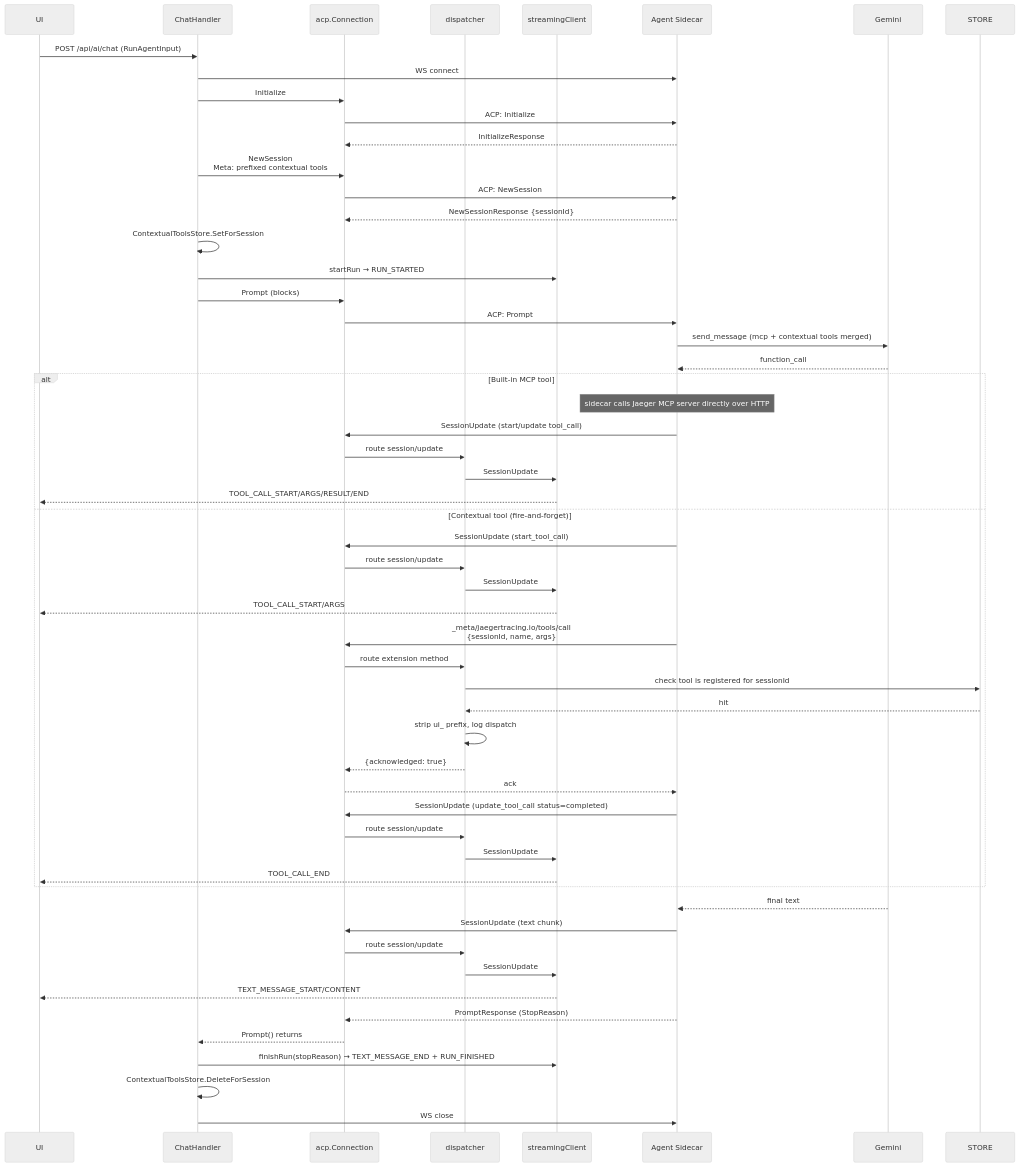
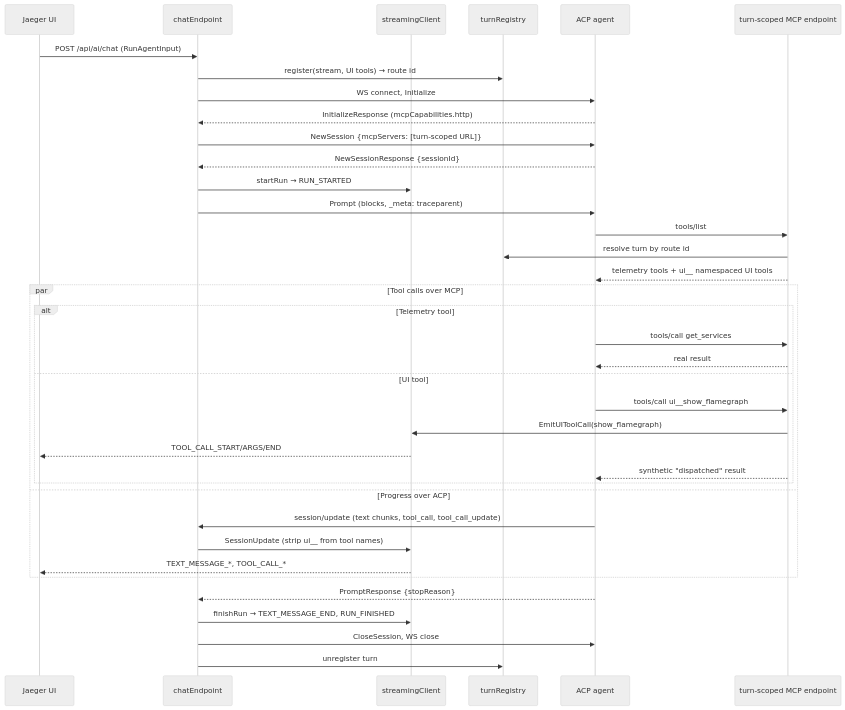
One commit to jaegertracing/jaeger changed the second of 2 diagrams in cmd/jaeger/internal/extension/jaegerquery/internal/jaegerai/README.md. Above: the diagram before and after it, drawn with Mermaid (neutral theme). The commit also changed other lines of this file and 16 other files, not shown here.

First line of the commit message:
refactor(ai): Remove legacy ACP tool routing (#9855)

````diff
--- a/cmd/jaeger/internal/extension/jaegerquery/internal/jaegerai/README.md
+++ b/cmd/jaeger/internal/extension/jaegerquery/internal/jaegerai/README.md
@@ -156,61 +96,43 @@
 ```mermaid
 sequenceDiagram
-    participant UI
-    participant ChatHandler
-    participant acpConn as acp.Connection
-    participant DSP as dispatcher
+    participant UI as Jaeger UI
+    participant CHAT as chatEndpoint
     participant SC as streamingClient
-    participant Sidecar as Agent Sidecar
-    participant Gemini
+    participant TURNS as turnRegistry
+    participant AGENT as ACP agent
+    participant MCP as turn-scoped MCP endpoint
 
-    UI->>ChatHandler: POST /api/ai/chat (RunAgentInput)
-    ChatHandler->>Sidecar: WS connect
-    ChatHandler->>acpConn: Initialize
-    acpConn->>Sidecar: ACP: Initialize
-    Sidecar-->>acpConn: InitializeResponse
-    ChatHandler->>acpConn: NewSession<br>Meta: prefixed contextual tools
-    acpConn->>Sidecar: ACP: NewSession
-    Sidecar-->>acpConn: NewSessionResponse {sessionId}
-    ChatHandler->>ChatHandler: ContextualToolsStore.SetForSession
-    ChatHandler->>SC: startRun → RUN_STARTED
-    ChatHandler->>acpConn: Prompt (blocks)
-    acpConn->>Sidecar: ACP: Prompt
+    UI->>CHAT: POST /api/ai/chat (RunAgentInput)
+    CHAT->>TURNS: register(stream, UI tools) → route id
+    CHAT->>AGENT: WS connect, Initialize
+    AGENT-->>CHAT: InitializeResponse (mcpCapabilities.http)
+    CHAT->>AGENT: NewSession {mcpServers: [turn-scoped URL]}
+    AGENT-->>CHAT: NewSessionResponse {sessionId}
+    CHAT->>SC: startRun → RUN_STARTED
+    CHAT->>AGENT: Prompt (blocks, _meta: traceparent)
 
-    Sidecar->>Gemini: send_message (mcp + contextual tools merged)
-    Gemini-->>Sidecar: function_call
+    AGENT->>MCP: tools/list
+    MCP->>TURNS: resolve turn by route id
+    MCP-->>AGENT: telemetry tools + ui__ namespaced UI tools
 
-    alt Built-in MCP tool
-        Note over Sidecar: sidecar calls Jaeger MCP server directly over HTTP
-        Sidecar->>acpConn: SessionUpdate (start/update tool_call)
-        acpConn->>DSP: route session/update
-        DSP->>SC: SessionUpdate
-        SC-->>UI: TOOL_CALL_START/ARGS/RESULT/END
-    else Contextual tool (fire-and-forget)
-        Sidecar->>acpConn: SessionUpdate (start_tool_call)
-        acpConn->>DSP: route session/update
-        DSP->>SC: SessionUpdate
-        SC-->>UI: TOOL_CALL_START/ARGS
-        Sidecar->>acpConn: _meta/jaegertracing.io/tools/call<br>{sessionId, name, args}
-        acpConn->>DSP: route extension method
-        DSP->>STORE: check tool is registered for sessionId
-        STORE-->>DSP: hit
-        DSP->>DSP: strip ui_ prefix, log dispatch
-        DSP-->>acpConn: {acknowledged: true}
-        acpConn-->>Sidecar: ack
-        Sidecar->>acpConn: SessionUpdate (update_tool_call status=completed)
-        acpConn->>DSP: route session/update
-        DSP->>SC: SessionUpdate
-        SC-->>UI: TOOL_CALL_END
+    par Tool calls over MCP
+        alt Telemetry tool
+            AGENT->>MCP: tools/call get_services
+            MCP-->>AGENT: real result
+        else UI tool
+            AGENT->>MCP: tools/call ui__show_flamegraph
+            MCP->>SC: EmitUIToolCall(show_flamegraph)
+            SC-->>UI: TOOL_CALL_START/ARGS/END
+            MCP-->>AGENT: synthetic "dispatched" result
+        end
+    and Progress over ACP
+        AGENT->>CHAT: session/update (text chunks, tool_call, tool_call_update)
+        CHAT->>SC: SessionUpdate (strip ui__ from tool names)
+        SC-->>UI: TEXT_MESSAGE_*, TOOL_CALL_*
     end
 
-    Gemini-->>Sidecar: final text
-    Sidecar->>acpConn: SessionUpdate (text chunk)
-    acpConn->>DSP: route session/update
-    DSP->>SC: SessionUpdate
-    SC-->>UI: TEXT_MESSAGE_START/CONTENT
-    Sidecar-->>acpConn: PromptResponse (StopReason)
-    acpConn-->>ChatHandler: Prompt() returns
-    ChatHandler->>SC: finishRun(stopReason) → TEXT_MESSAGE_END + RUN_FINISHED
-    ChatHandler->>ChatHandler: ContextualToolsStore.DeleteForSession
-    ChatHandler->>Sidecar: WS close
+    AGENT-->>CHAT: PromptResponse {stopReason}
+    CHAT->>SC: finishRun → TEXT_MESSAGE_END, RUN_FINISHED
+    CHAT->>AGENT: CloseSession, WS close
+    CHAT->>TURNS: unregister turn
 ```
````
